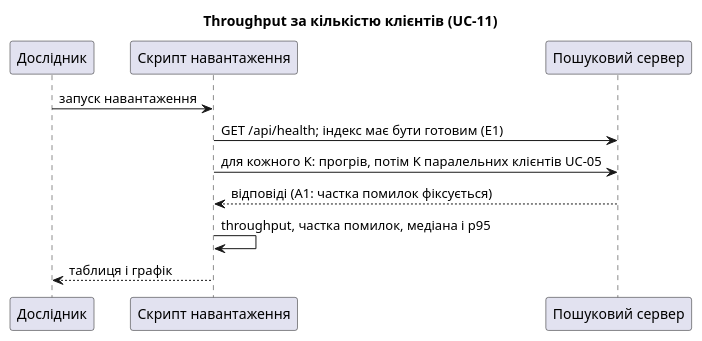
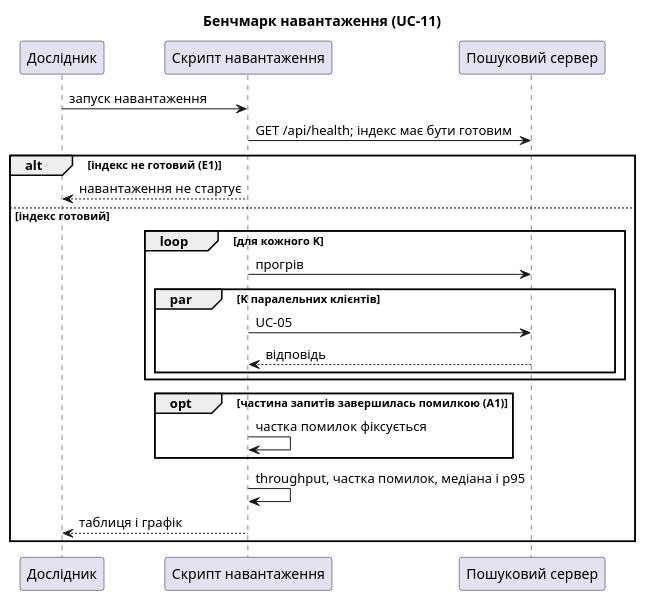
Before and after one commit to whatislavx/course_work_parallel_computing: the diagram in docs/architecture/uml/sequence-uc11.puml, drawn with PlantUML. The commit also changed 14 other files, not shown here.

First line of the commit message:
docs(architecture): fix sequence, class and use-case UML

```diff
--- a/docs/architecture/uml/sequence-uc11.puml
+++ b/docs/architecture/uml/sequence-uc11.puml
@@ -1,12 +1,24 @@
 @startuml sequence-uc11
-title Throughput за кількістю клієнтів (UC-11)
+title Бенчмарк навантаження (UC-11)
 participant "Дослідник" as BEN
 participant "Скрипт навантаження" as Load
 participant "Пошуковий сервер" as Srv
 BEN -> Load : запуск навантаження
-Load -> Srv : GET /api/health; індекс має бути готовим (E1)
-Load -> Srv : для кожного K: прогрів, потім K паралельних клієнтів UC-05
-Srv --> Load : відповіді (A1: частка помилок фіксується)
-Load -> Load : throughput, частка помилок, медіана і p95
-Load --> BEN : таблиця і графік
+Load -> Srv : GET /api/health; індекс має бути готовим
+alt індекс не готовий (E1)
+  Load --> BEN : навантаження не стартує
+else індекс готовий
+  loop для кожного K
+    Load -> Srv : прогрів
+    par K паралельних клієнтів
+      Load -> Srv : UC-05
+      Srv --> Load : відповідь
+    end
+  end
+  opt частина запитів завершилась помилкою (A1)
+    Load -> Load : частка помилок фіксується
+  end
+  Load -> Load : throughput, частка помилок, медіана і p95
+  Load --> BEN : таблиця і графік
+end
 @enduml
```
